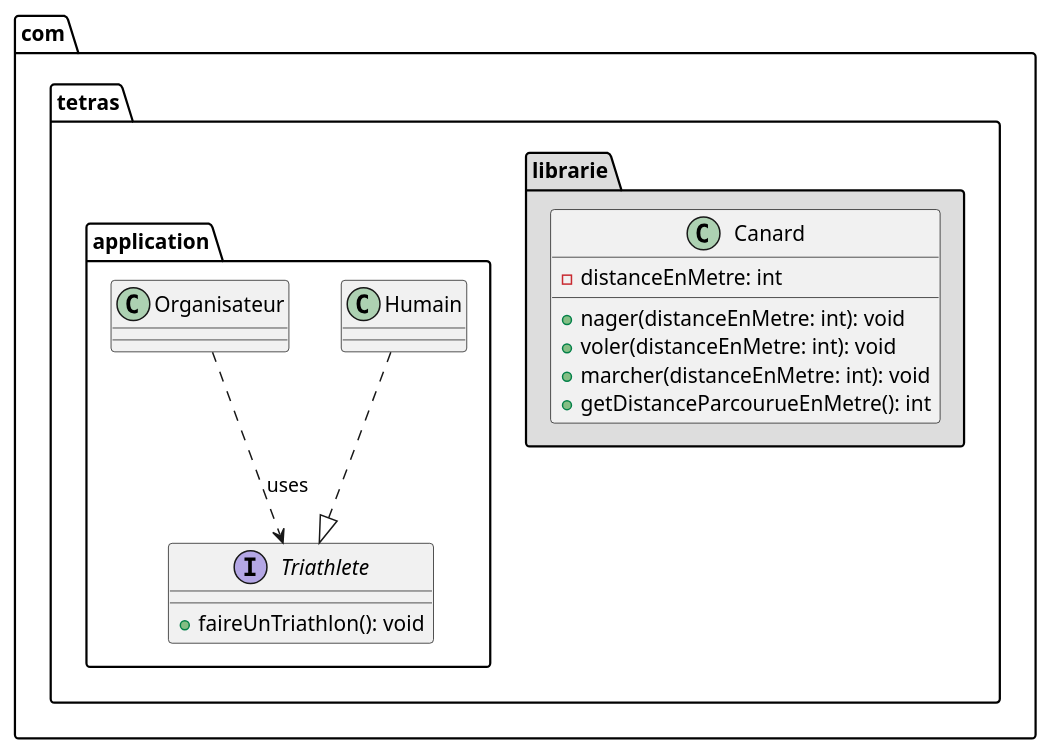
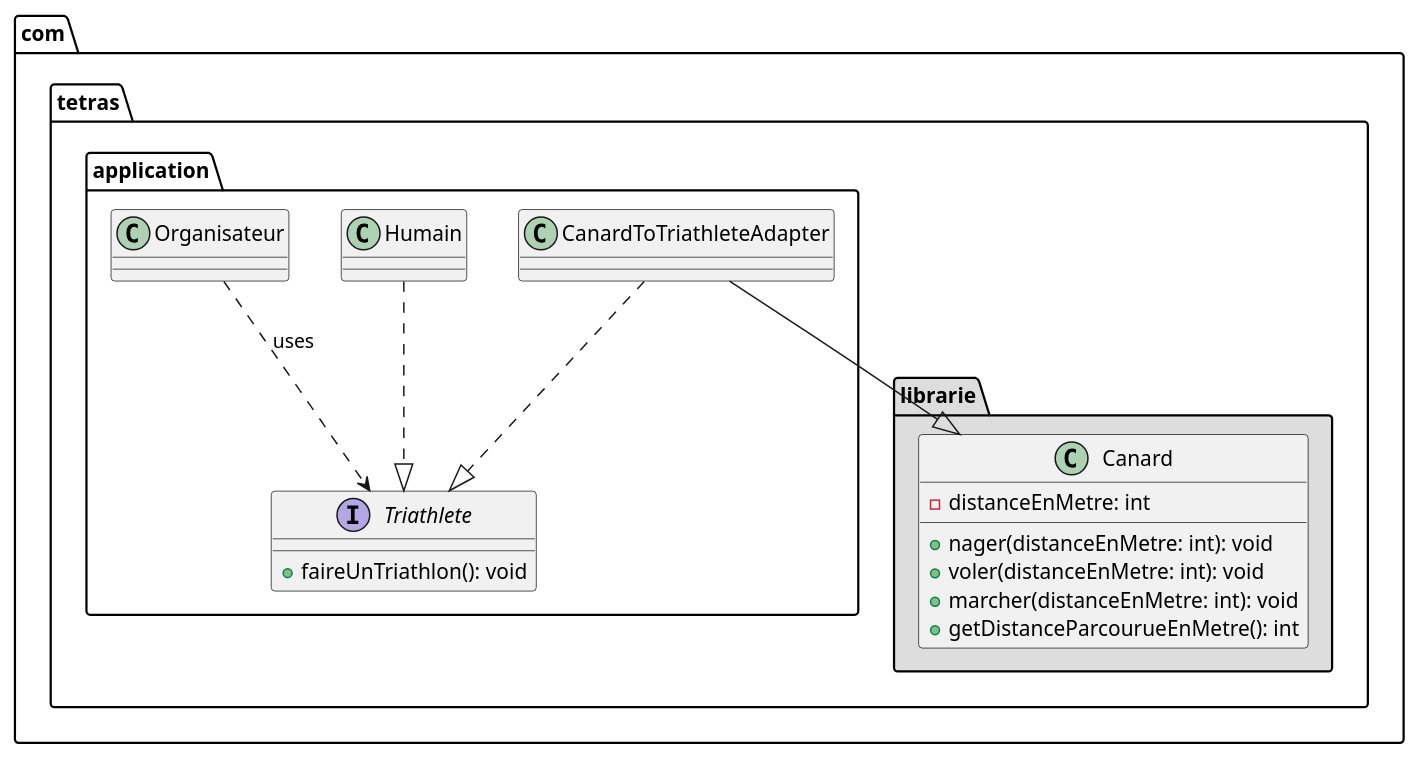
Before and after one commit to jandry/design-pattern: the diagram in src/uml/adapter.puml, drawn with PlantUML. The commit also changed 3 other files, not shown here.

```diff
--- a/src/uml/adapter.puml
+++ b/src/uml/adapter.puml
@@ -1,27 +1,31 @@
 @startuml Adapter
 
 package com.tetras.librarie #DDDDDD {
     class Canard {
         - distanceEnMetre: int
         + nager(distanceEnMetre: int): void  
         + voler(distanceEnMetre: int): void  
         + marcher(distanceEnMetre: int): void
         + getDistanceParcourueEnMetre(): int
     }
 }
 
 package com.tetras.application {
     interface Triathlete {
         + faireUnTriathlon(): void
     }
     class Humain {
 
     } 
+    class CanardToTriathleteAdapter {
+    } 
     class Organisateur 
 
     Humain ..|> Triathlete
+    CanardToTriathleteAdapter ..|> Triathlete    
+    CanardToTriathleteAdapter --|> Canard
 
     Organisateur ..> Triathlete : uses
 }
 
 @enduml
```
